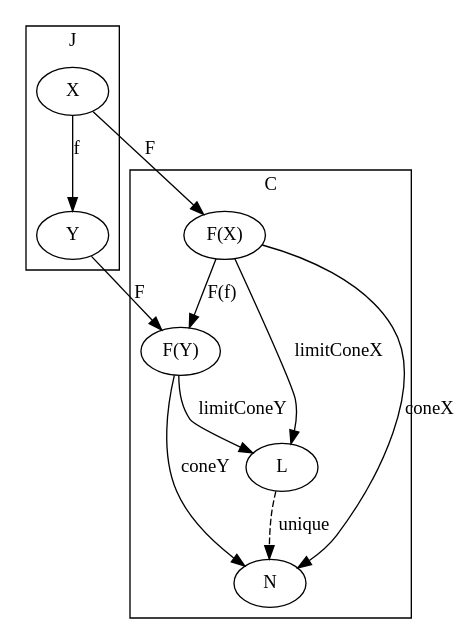
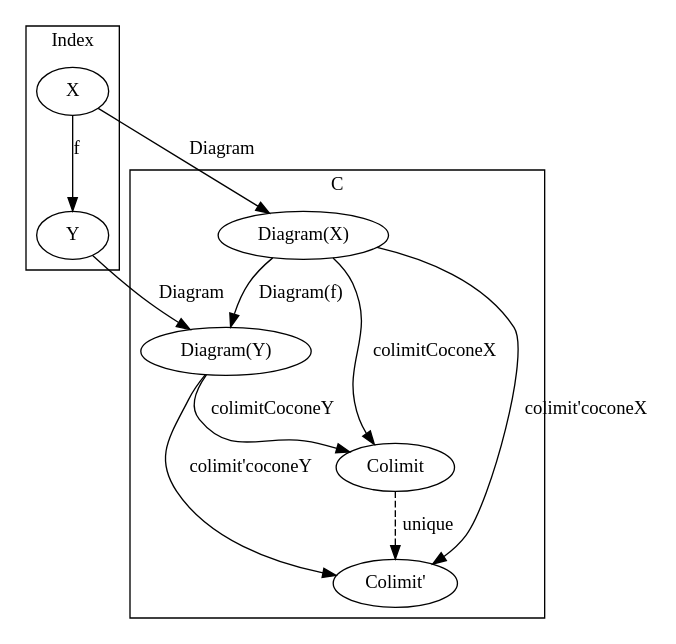
One commit to frankymacster/category-theory-graphviz changed the fourth of 4 diagrams in limit.md. Above: the diagram before and after it, drawn with Graphviz. The commit also changed other lines of this file, not shown here.

Commit message:
limit: rename

````diff
--- a/limit.md
+++ b/limit.md
@@ -69,33 +69,33 @@
 ```graphviz
 digraph G {
   subgraph clusterJ {
-    label="J"
+    label="Index"
 
     "X"
     "Y"
   }
 
   subgraph clusterC {
     label="C"
 
-    "N"
-    "L"
-    "F(X)"
-    "F(Y)"
+    "Colimit'"
+    "Colimit"
+    "Diagram(X)"
+    "Diagram(Y)"
   }
 
   "X" -> "Y" [label="f"]
 
-  "X" -> "F(X)" [label="F"]
-  "Y" -> "F(Y)" [label="F"]
-  "F(X)" -> "F(Y)" [label="F(f)"]
+  "X" -> "Diagram(X)" [label="Diagram"]
+  "Y" -> "Diagram(Y)" [label="Diagram"]
+  "Diagram(X)" -> "Diagram(Y)" [label="Diagram(f)"]
 
-  "F(X)" -> "N" [label="coneX"]
-  "F(Y)" -> "N" [label="coneY"]
+  "Diagram(X)" -> "Colimit'" [label="colimit'coconeX"]
+  "Diagram(Y)" -> "Colimit'" [label="colimit'coconeY"]
 
-  "F(X)" -> "L" [label="limitConeX"]
-  "F(Y)" -> "L" [label="limitConeY"]
+  "Diagram(X)" -> "Colimit" [label="colimitCoconeX"]
+  "Diagram(Y)" -> "Colimit" [label="colimitCoconeY"]
 
-  "L" -> "N" [label="unique", style="dashed"]
+  "Colimit" -> "Colimit'" [label="unique", style="dashed"]
 }
 ```
````
